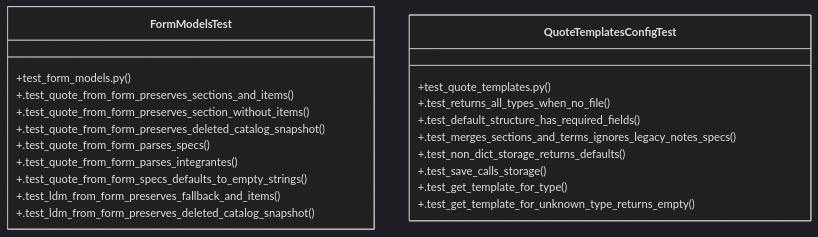
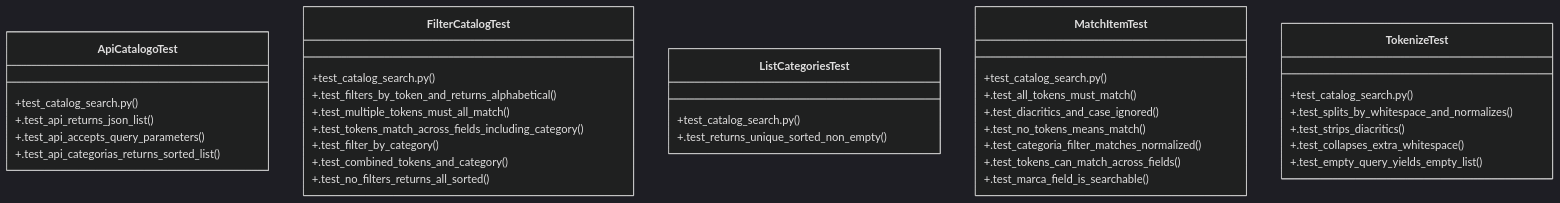
One commit to Daftrick/ProjectTracker changed the diagram in graphify-out/wiki/Community_11.md. Above: the diagram before and after it, drawn with Mermaid (dark theme). The commit also changed other lines of this file and 373 other files, not shown here.

Commit message:
feat: multiple quote templates and bundle breakdown

````diff
--- a/graphify-out/wiki/Community_11.md
+++ b/graphify-out/wiki/Community_11.md
@@ -36,24 +36,38 @@
 ```mermaid
 classDiagram
-    class FormModelsTest {
-        +test_form_models.py()
-        +.test_quote_from_form_preserves_sections_and_items()
-        +.test_quote_from_form_preserves_section_without_items()
-        +.test_quote_from_form_preserves_deleted_catalog_snapshot()
-        +.test_quote_from_form_parses_specs()
-        +.test_quote_from_form_parses_integrantes()
-        +.test_quote_from_form_specs_defaults_to_empty_strings()
-        +.test_ldm_from_form_preserves_fallback_and_items()
-        +.test_ldm_from_form_preserves_deleted_catalog_snapshot()
+    class ApiCatalogoTest {
+        +test_catalog_search.py()
+        +.test_api_returns_json_list()
+        +.test_api_accepts_query_parameters()
+        +.test_api_categorias_returns_sorted_list()
     }
-    class QuoteTemplatesConfigTest {
-        +test_quote_templates.py()
-        +.test_returns_all_types_when_no_file()
-        +.test_default_structure_has_required_fields()
-        +.test_merges_sections_and_terms_ignores_legacy_notes_specs()
-        +.test_non_dict_storage_returns_defaults()
-        +.test_save_calls_storage()
-        +.test_get_template_for_type()
-        +.test_get_template_for_unknown_type_returns_empty()
+    class FilterCatalogTest {
+        +test_catalog_search.py()
+        +.test_filters_by_token_and_returns_alphabetical()
+        +.test_multiple_tokens_must_all_match()
+        +.test_tokens_match_across_fields_including_category()
+        +.test_filter_by_category()
+        +.test_combined_tokens_and_category()
+        +.test_no_filters_returns_all_sorted()
+    }
+    class ListCategoriesTest {
+        +test_catalog_search.py()
+        +.test_returns_unique_sorted_non_empty()
+    }
+    class MatchItemTest {
+        +test_catalog_search.py()
+        +.test_all_tokens_must_match()
+        +.test_diacritics_and_case_ignored()
+        +.test_no_tokens_means_match()
+        +.test_categoria_filter_matches_normalized()
+        +.test_tokens_can_match_across_fields()
+        +.test_marca_field_is_searchable()
+    }
+    class TokenizeTest {
+        +test_catalog_search.py()
+        +.test_splits_by_whitespace_and_normalizes()
+        +.test_strips_diacritics()
+        +.test_collapses_extra_whitespace()
+        +.test_empty_query_yields_empty_list()
     }
 ```
````
